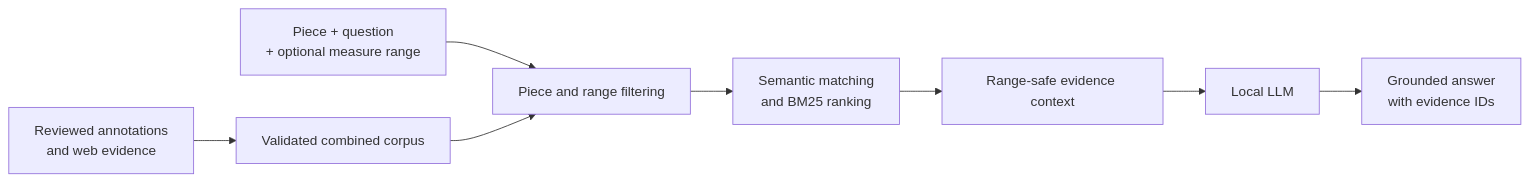
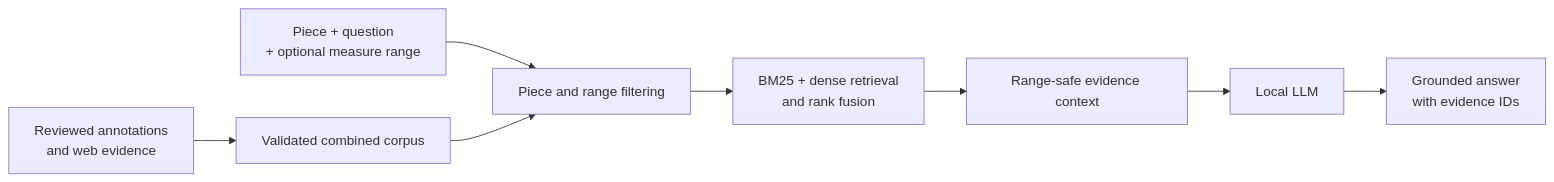
One commit to minigb/soprano-qa-rag-system changed the diagram in docs/rag-llm-pipeline-method.md. Above: the diagram before and after it, drawn with Mermaid. The commit also changed other lines of this file and 31 other files, not shown here.

````diff
--- a/docs/rag-llm-pipeline-method.md
+++ b/docs/rag-llm-pipeline-method.md
@@ -11,16 +11,16 @@
 ```mermaid
 flowchart LR
     A["Reviewed annotations<br/>and web evidence"]
     B["Validated combined corpus"]
     C["Piece + question<br/>+ optional measure range"]
     D["Piece and range filtering"]
-    E["Semantic matching<br/>and BM25 ranking"]
+    E["BM25 + dense retrieval<br/>and rank fusion"]
     F["Range-safe evidence context"]
     G["Local LLM"]
     H["Grounded answer<br/>with evidence IDs"]
 
     A --> B
     C --> D
     B --> D
     D --> E --> F --> G --> H
 ```
````
